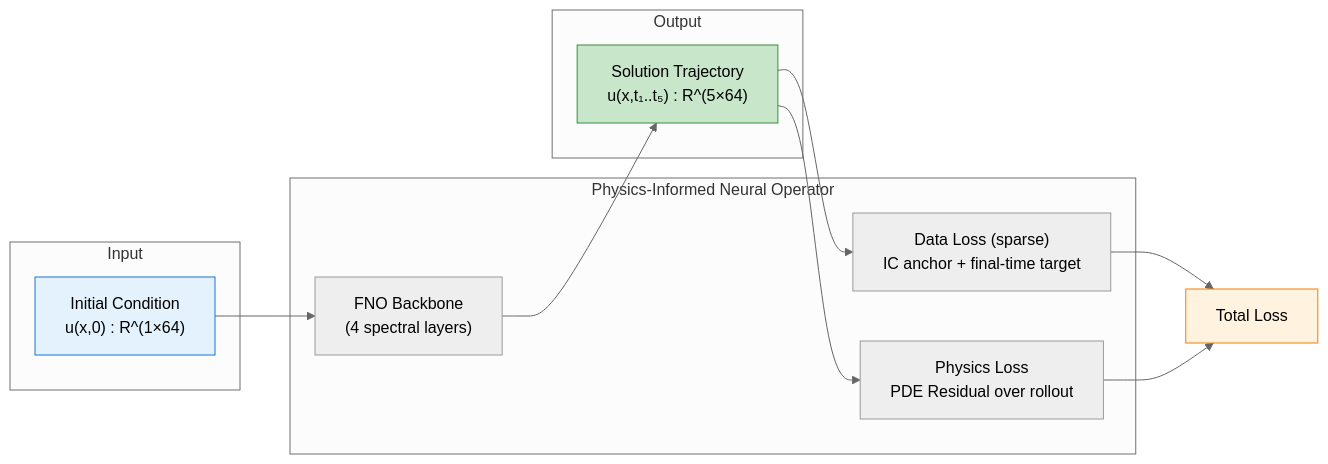
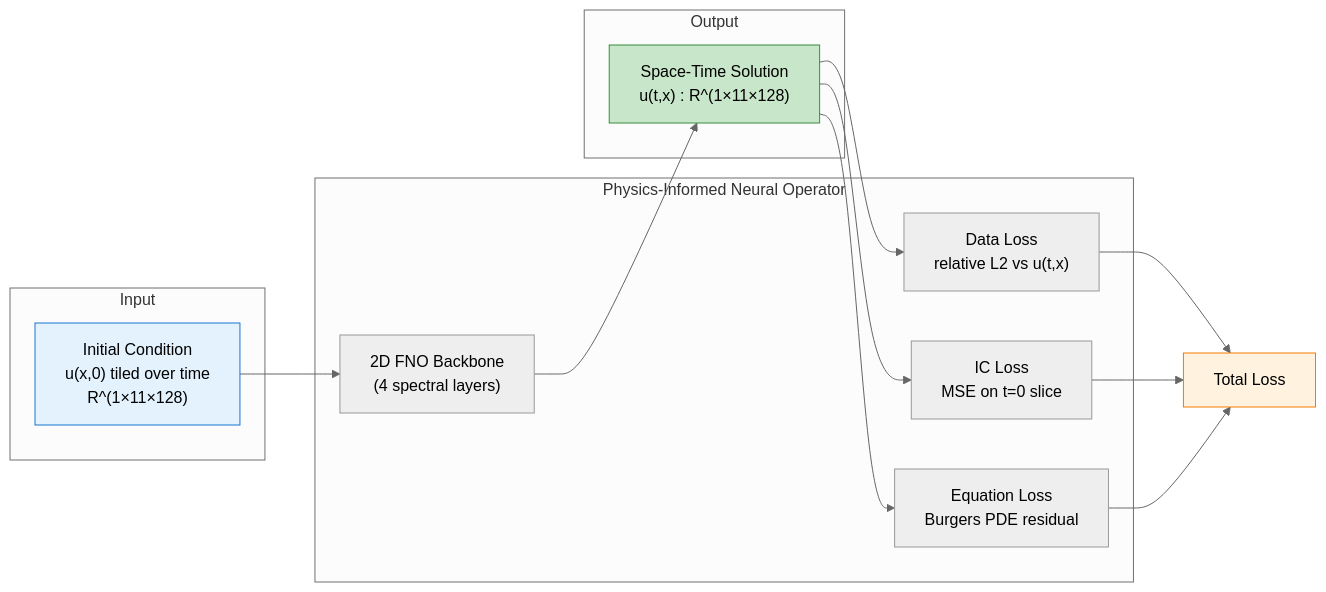
Before and after one commit to avitai/opifex: the diagram in docs/examples/neural-operators/pino-burgers.md, drawn with Mermaid (neutral theme). The commit also changed other lines of this file and 124 other files, not shown here.

````diff
--- a/docs/examples/neural-operators/pino-burgers.md
+++ b/docs/examples/neural-operators/pino-burgers.md
@@ -111,26 +116,29 @@
 ```mermaid
 graph LR
     subgraph Input
-        A["Initial Condition<br/>u(x,0) : R^(1×64)"]
+        A["Initial Condition<br/>u(x,0) tiled over time<br/>R^(1×11×128)"]
     end
 
     subgraph PINO["Physics-Informed Neural Operator"]
-        B["FNO Backbone<br/>(4 spectral layers)"]
-        C["Data Loss (sparse)<br/>IC anchor + final-time target"]
-        D["Physics Loss<br/>PDE Residual over rollout"]
+        B["2D FNO Backbone<br/>(4 spectral layers)"]
+        C["Data Loss<br/>relative L2 vs u(t,x)"]
+        D["IC Loss<br/>MSE on t=0 slice"]
+        E["Equation Loss<br/>Burgers PDE residual"]
     end
 
     subgraph Output
-        E["Solution Trajectory<br/>u(x,t₁..t₅) : R^(5×64)"]
+        F["Space-Time Solution<br/>u(t,x) : R^(1×11×128)"]
     end
 
-    A --> B --> E
-    E --> C
-    E --> D
-    C --> F["Total Loss"]
-    D --> F
+    A --> B --> F
+    F --> C
+    F --> D
+    F --> E
+    C --> G["Total Loss"]
+    D --> G
+    E --> G
 
     style A fill:#e3f2fd,stroke:#1976d2
-    style E fill:#c8e6c9,stroke:#388e3c
-    style F fill:#fff3e0,stroke:#f57c00
+    style F fill:#c8e6c9,stroke:#388e3c
+    style G fill:#fff3e0,stroke:#f57c00
 ```
````
